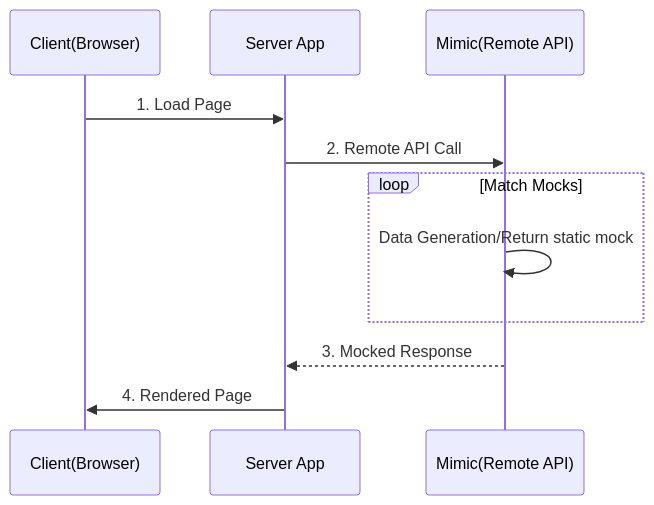
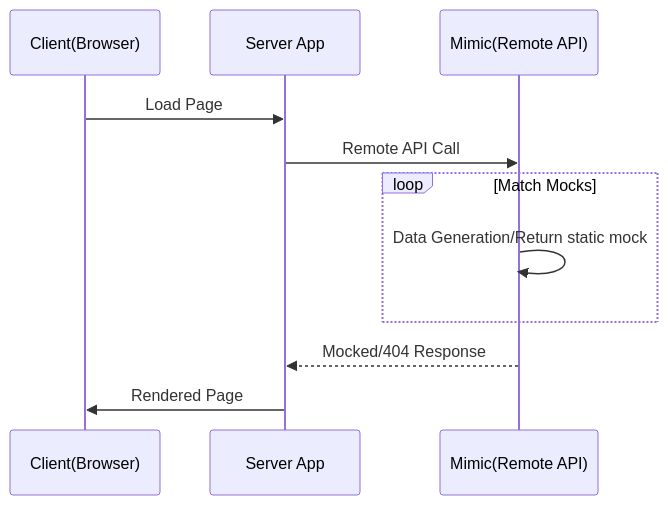
The first of 3 diagrams in README.md (sayjava/mimic), drawn with Mermaid before and after one commit. The commit also changed other lines of this file and 2 other files, not shown here.

````diff
--- a/README.md
+++ b/README.md
@@ -23,13 +100,13 @@
 ```mermaid
 sequenceDiagram
-    participant Client(Browser)
-    participant Server App
-    participant Mimic(Remote API)
-    Client(Browser)->>Server App: 1. Load Page
-    Server App ->> Mimic(Remote API): 2. Remote API Call
+    participant c as Client(Browser)
+    participant s as Server App
+    participant m as Mimic(Remote API)
+    c->>s: Load Page
+    s->>m: Remote API Call
     loop Match Mocks
-        Mimic(Remote API)->>Mimic(Remote API): Data Generation/Return static mock
+        m->>m: Data Generation/Return static mock
     end
-    Mimic(Remote API)-->>Server App: 3. Mocked Response
-    Server App->>Client(Browser): 4. Rendered Page
+    m-->>s: Mocked/404 Response
+    s->>c: Rendered Page
 ```
````
